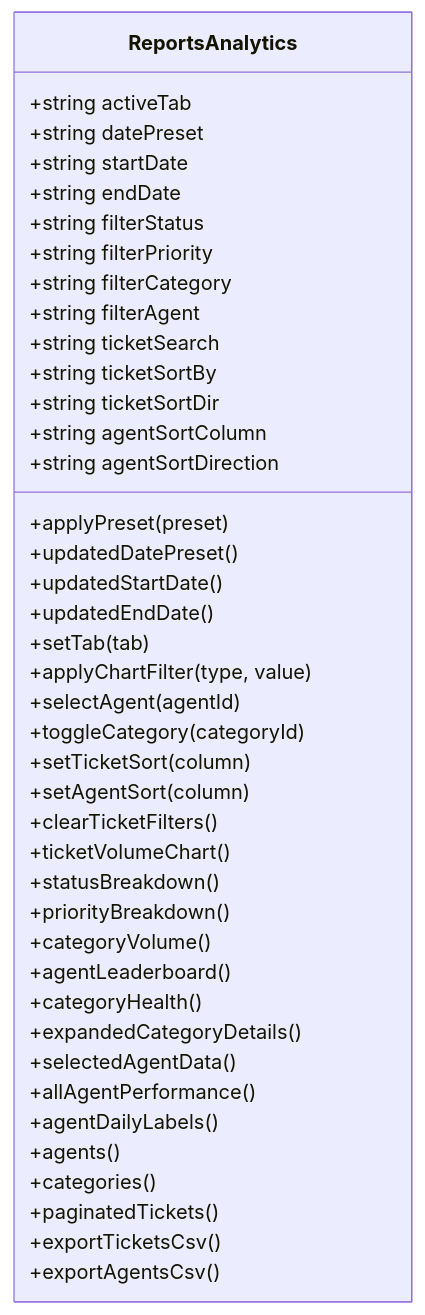
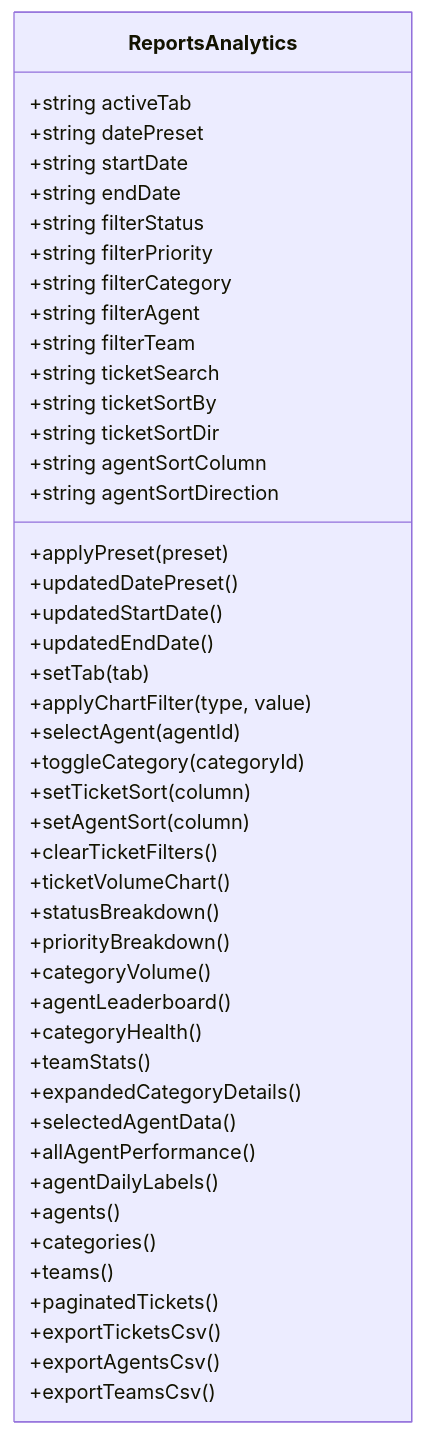
One commit to younesgamer68/helpdesk-system changed the fifth of 8 diagrams in .qoder/repowiki/en/content/Dashboard & Analytics/Dashboard & Analytics.md. Above: the diagram before and after it, drawn with Mermaid. The commit also changed other lines of this file and 12 other files, not shown here.

````diff
--- a/.qoder/repowiki/en/content/Dashboard & Analytics/Dashboard & Analytics.md
+++ b/.qoder/repowiki/en/content/Dashboard & Analytics/Dashboard & Analytics.md
@@ -227,44 +301,48 @@
 ```mermaid
 classDiagram
 class ReportsAnalytics {
 +string activeTab
 +string datePreset
 +string startDate
 +string endDate
 +string filterStatus
 +string filterPriority
 +string filterCategory
 +string filterAgent
++string filterTeam
 +string ticketSearch
 +string ticketSortBy
 +string ticketSortDir
 +string agentSortColumn
 +string agentSortDirection
 +applyPreset(preset)
 +updatedDatePreset()
 +updatedStartDate()
 +updatedEndDate()
 +setTab(tab)
 +applyChartFilter(type, value)
 +selectAgent(agentId)
 +toggleCategory(categoryId)
 +setTicketSort(column)
 +setAgentSort(column)
 +clearTicketFilters()
 +ticketVolumeChart()
 +statusBreakdown()
 +priorityBreakdown()
 +categoryVolume()
 +agentLeaderboard()
 +categoryHealth()
++teamStats()
 +expandedCategoryDetails()
 +selectedAgentData()
 +allAgentPerformance()
 +agentDailyLabels()
 +agents()
 +categories()
++teams()
 +paginatedTickets()
 +exportTicketsCsv()
 +exportAgentsCsv()
++exportTeamsCsv()
 }
 ```
````
